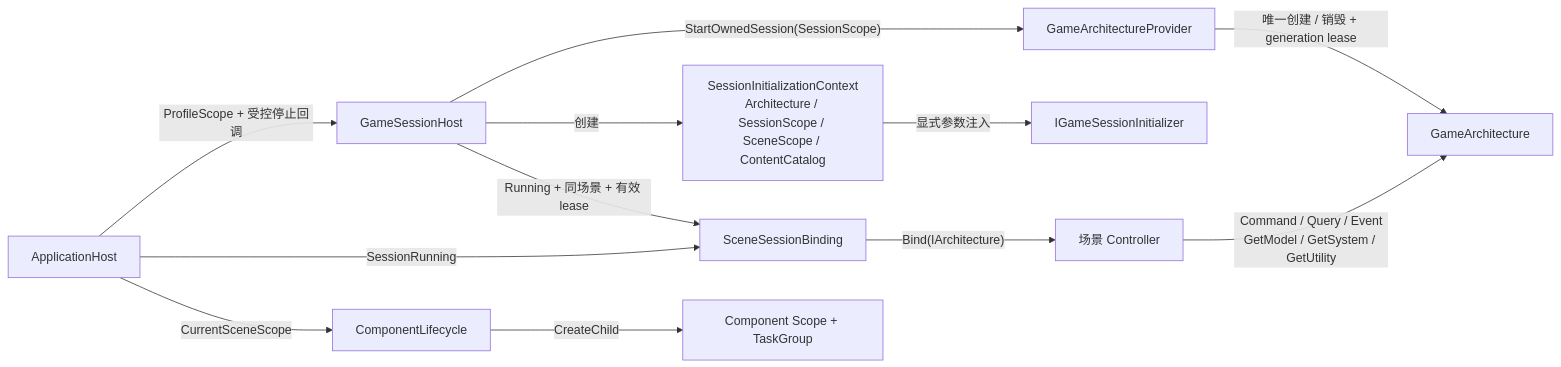
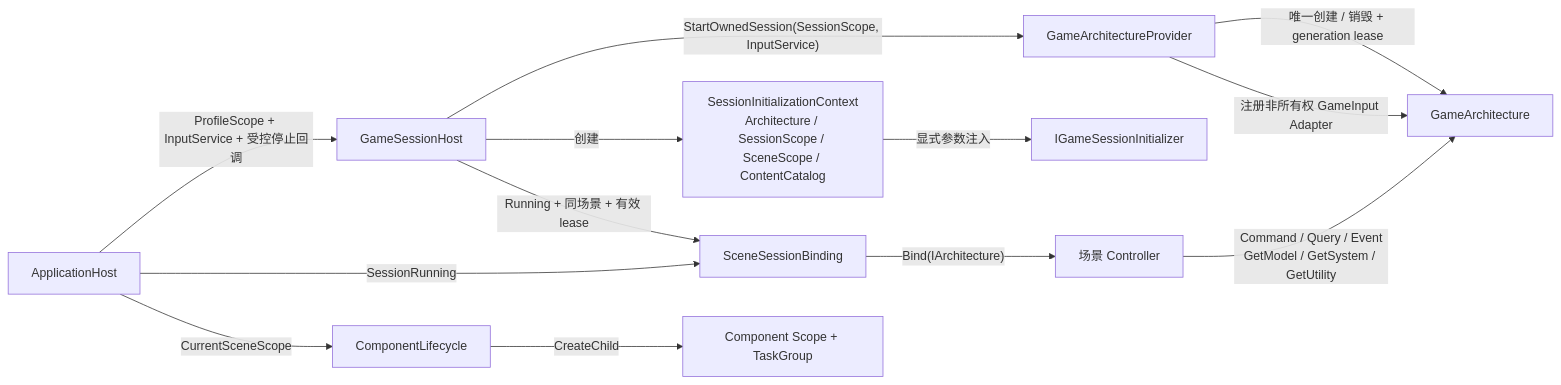
One commit to IshmaelHeathcliff/DarkFlare changed the fourth of 4 diagrams in Docs/docs/infrastructure/application-lifecycle.md. Above: the diagram before and after it, drawn with Mermaid. The commit also changed other lines of this file and 111 other files, not shown here.

````diff
--- a/Docs/docs/infrastructure/application-lifecycle.md
+++ b/Docs/docs/infrastructure/application-lifecycle.md
@@ -96,17 +99,18 @@
 ```mermaid
 flowchart LR
-  App["ApplicationHost"] -->|"ProfileScope + 受控停止回调"| Session["GameSessionHost"]
-  Session -->|"StartOwnedSession(SessionScope)"| Provider["GameArchitectureProvider"]
+  App["ApplicationHost"] -->|"ProfileScope + InputService + 受控停止回调"| Session["GameSessionHost"]
+  Session -->|"StartOwnedSession(SessionScope, InputService)"| Provider["GameArchitectureProvider"]
   Provider -->|"唯一创建 / 销毁 + generation lease"| Arch["GameArchitecture"]
+  Provider -->|"注册非所有权 GameInput Adapter"| Arch
 
   Session -->|创建| Context["SessionInitializationContext<br/>Architecture / SessionScope / SceneScope / ContentCatalog"]
   Context -->|显式参数注入| Initializer["IGameSessionInitializer"]
 
   App -->|SessionRunning| Binding["SceneSessionBinding"]
   Session -->|"Running + 同场景 + 有效 lease"| Binding
   Binding -->|"Bind(IArchitecture)"| Controller["场景 Controller"]
   Controller -->|"Command / Query / Event<br/>GetModel / GetSystem / GetUtility"| Arch
 
   App -->|CurrentSceneScope| ComponentLifecycle["ComponentLifecycle"]
   ComponentLifecycle -->|CreateChild| ComponentScope["Component Scope + TaskGroup"]
 ```
````
